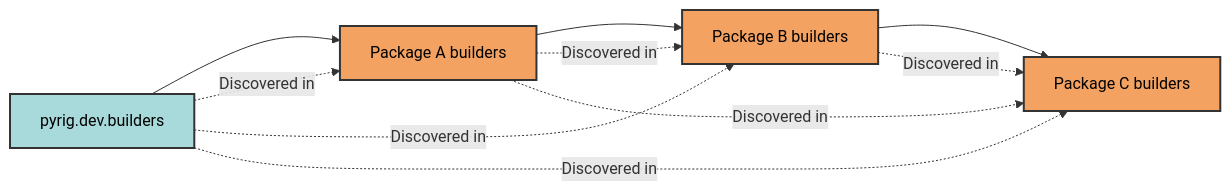
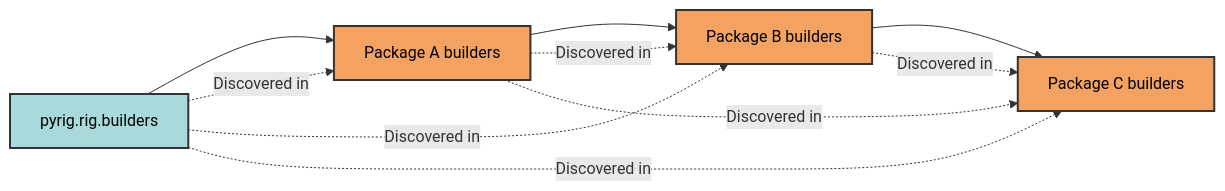
The second of 2 diagrams in docs/builders/architecture.md (Winipedia/pyrig), drawn with Mermaid before and after one commit. The commit also changed other lines of this file and 478 other files, not shown here.

Commit message:
renamed dev to rig and tests pass

````diff
--- a/docs/builders/architecture.md
+++ b/docs/builders/architecture.md
@@ -35,18 +35,18 @@
 ```mermaid
 graph LR
-    A[pyrig.dev.builders] --> B[Package A builders]
+    A[pyrig.rig.builders] --> B[Package A builders]
     B --> C[Package B builders]
     C --> D[Package C builders]
 
     A -.->|Discovered in| B
     A -.->|Discovered in| C
     A -.->|Discovered in| D
     B -.->|Discovered in| C
     B -.->|Discovered in| D
     C -.->|Discovered in| D
 
     style A fill:#a8dadc,stroke:#333,stroke-width:2px,color:#000
     style B fill:#f4a261,stroke:#333,stroke-width:2px,color:#000
     style C fill:#f4a261,stroke:#333,stroke-width:2px,color:#000
     style D fill:#f4a261,stroke:#333,stroke-width:2px,color:#000
 ```
````
